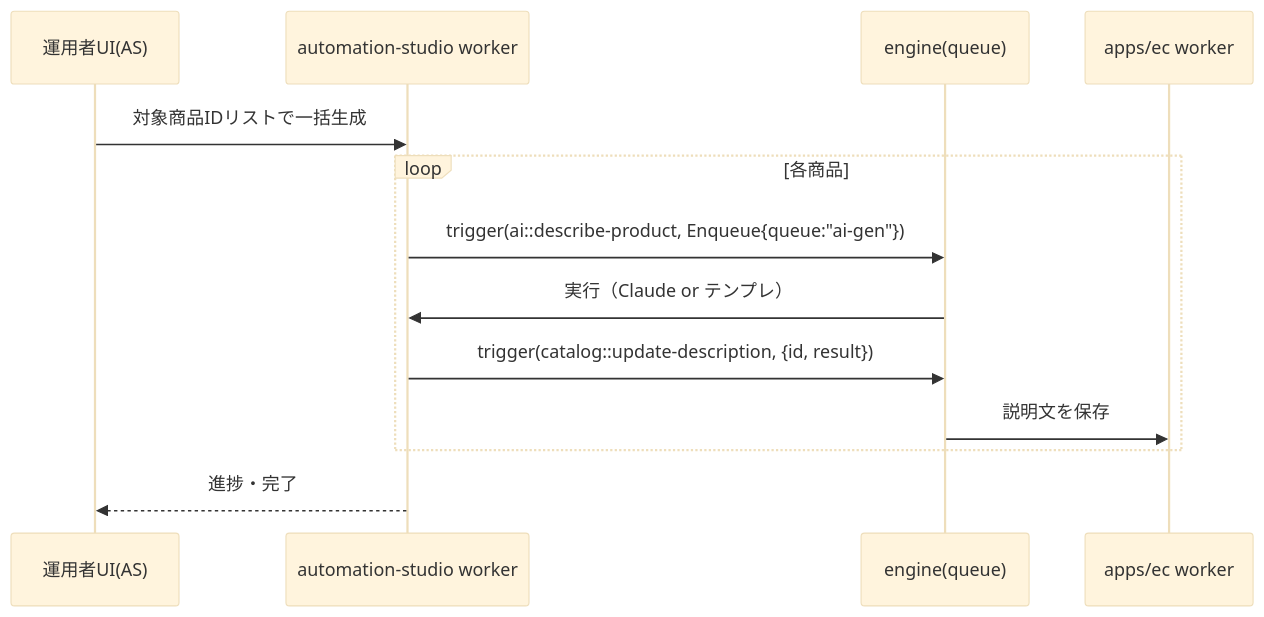
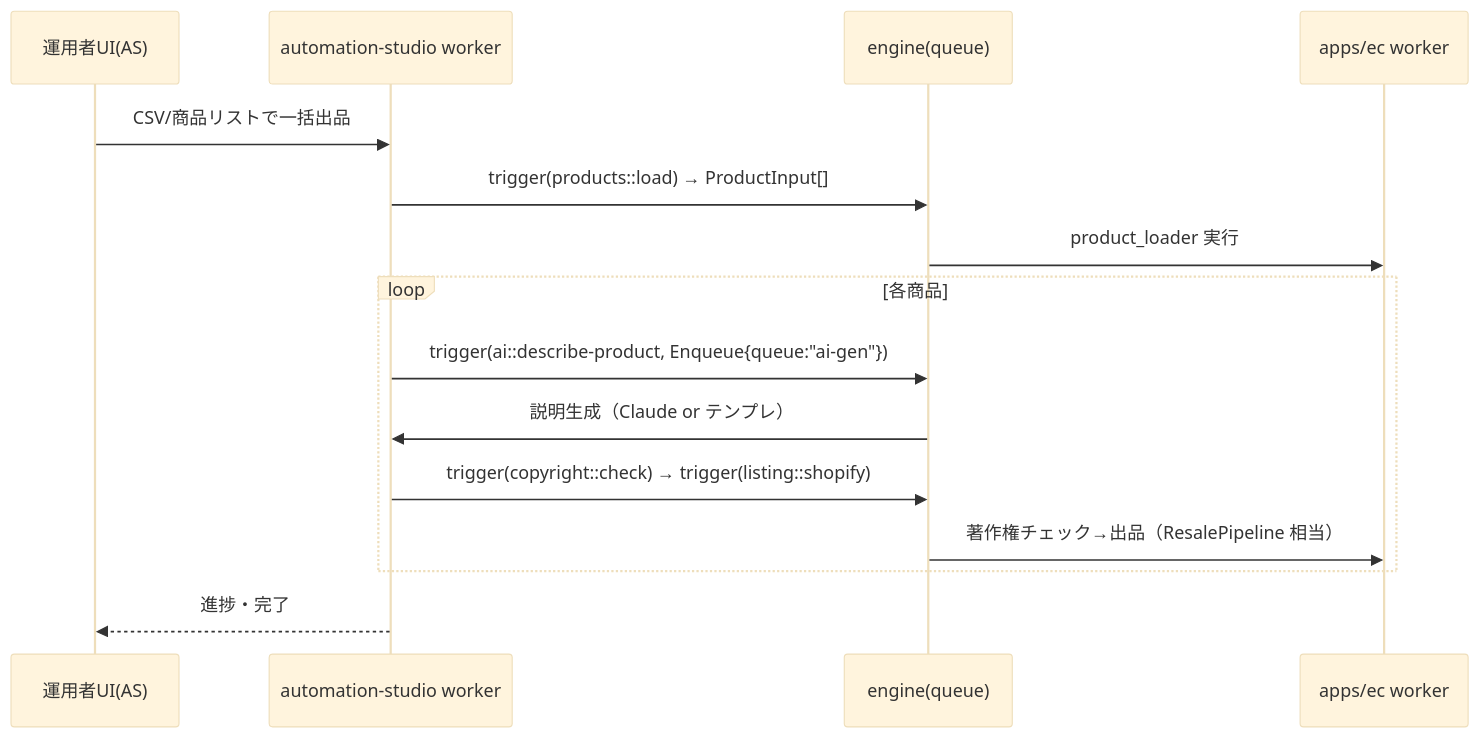
The second of 3 diagrams in apps/automation-studio/docs/integration-architecture/README.md (himitsuomom/iii-anime), drawn with Mermaid (base theme) before and after one commit. The commit also changed other lines of this file and 42 other files, not shown here.

````diff
--- a/apps/automation-studio/docs/integration-architecture/README.md
+++ b/apps/automation-studio/docs/integration-architecture/README.md
@@ -96,15 +98,17 @@
 ```mermaid
 sequenceDiagram
   participant U as 運用者UI(AS)
   participant AS as automation-studio worker
   participant E as engine(queue)
   participant EC as apps/ec worker
-  U->>AS: 対象商品IDリストで一括生成
+  U->>AS: CSV/商品リストで一括出品
+  AS->>E: trigger(products::load) → ProductInput[]
+  E->>EC: product_loader 実行
   loop 各商品
     AS->>E: trigger(ai::describe-product, Enqueue{queue:"ai-gen"})
-    E->>AS: 実行（Claude or テンプレ）
-    AS->>E: trigger(catalog::update-description, {id, result})
-    E->>EC: 説明文を保存
+    E->>AS: 説明生成（Claude or テンプレ）
+    AS->>E: trigger(copyright::check) → trigger(listing::shopify)
+    E->>EC: 著作権チェック→出品（ResalePipeline 相当）
   end
   AS-->>U: 進捗・完了
 ```
````
